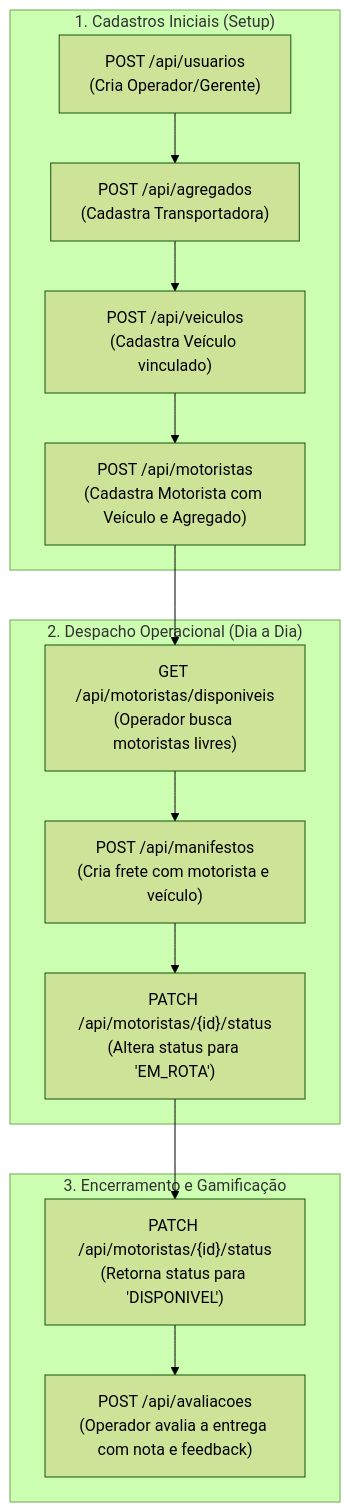
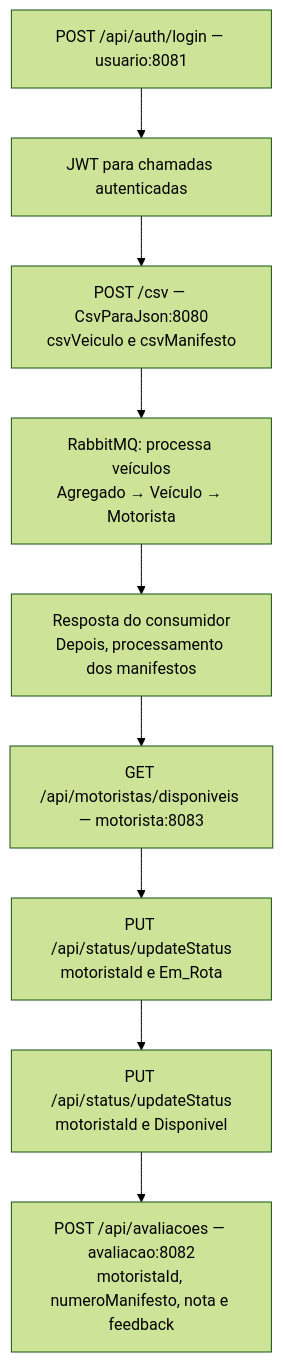
Before and after one commit to Janosys-Log/Documentos: the diagram in backend_documentos/DicionarioDadosBDComExemplos.md, drawn with Mermaid (forest theme). The commit also changed other lines of this file and 2 other files, not shown here.

````diff
--- a/backend_documentos/DicionarioDadosBDComExemplos.md
+++ b/backend_documentos/DicionarioDadosBDComExemplos.md
@@ -61,26 +637,11 @@
 ```mermaid
 flowchart TD
-    subgraph CadastrosBase["1. Cadastros Iniciais (Setup)"]
-        A1["POST /api/usuarios<br>(Cria Operador/Gerente)"]
-        A2["POST /api/agregados<br>(Cadastra Transportadora)"]
-        A3["POST /api/veiculos<br>(Cadastra Veículo vinculado)"]
-        A4["POST /api/motoristas<br>(Cadastra Motorista com Veículo e Agregado)"]
-        A1 --> A2 --> A3 --> A4
-    end
-
-    subgraph RotinaOperacional["2. Despacho Operacional (Dia a Dia)"]
-        B1["GET /api/motoristas/disponiveis<br>(Operador busca motoristas livres)"]
-        B2["POST /api/manifestos<br>(Cria frete com motorista e veículo)"]
-        B3["PATCH /api/motoristas/{id}/status<br>(Altera status para 'Em Rota')"]
-        B3["PATCH /api/motoristas/{id}/status<br>(Altera status para 'EM_ROTA')"]
-        A4 --> B1
-        B1 --> B2 --> B3
-    end
-
-    subgraph EncerramentoGamificacao["3. Encerramento e Gamificação"]
-        C1["PATCH /api/motoristas/{id}/status<br>(Retorna status para 'Disponível')"]
-        C1["PATCH /api/motoristas/{id}/status<br>(Retorna status para 'DISPONIVEL')"]
-        C2["POST /api/avaliacoes<br>(Operador avalia a entrega com nota e feedback)"]
-        B3 --> C1 --> C2
-    end
+    A["POST /api/auth/login — usuario:8081"] --> B["JWT para chamadas autenticadas"]
+    B --> C["POST /csv — CsvParaJson:8080<br>csvVeiculo e csvManifesto"]
+    C --> D["RabbitMQ: processa veículos<br>Agregado → Veículo → Motorista"]
+    D --> E["Resposta do consumidor<br>Depois, processamento dos manifestos"]
+    E --> F["GET /api/motoristas/disponiveis — motorista:8083"]
+    F --> G["PUT /api/status/updateStatus<br>motoristaId e Em_Rota"]
+    G --> H["PUT /api/status/updateStatus<br>motoristaId e Disponivel"]
+    H --> I["POST /api/avaliacoes — avaliacao:8082<br>motoristaId, numeroManifesto, nota e feedback"]
 ```
````
